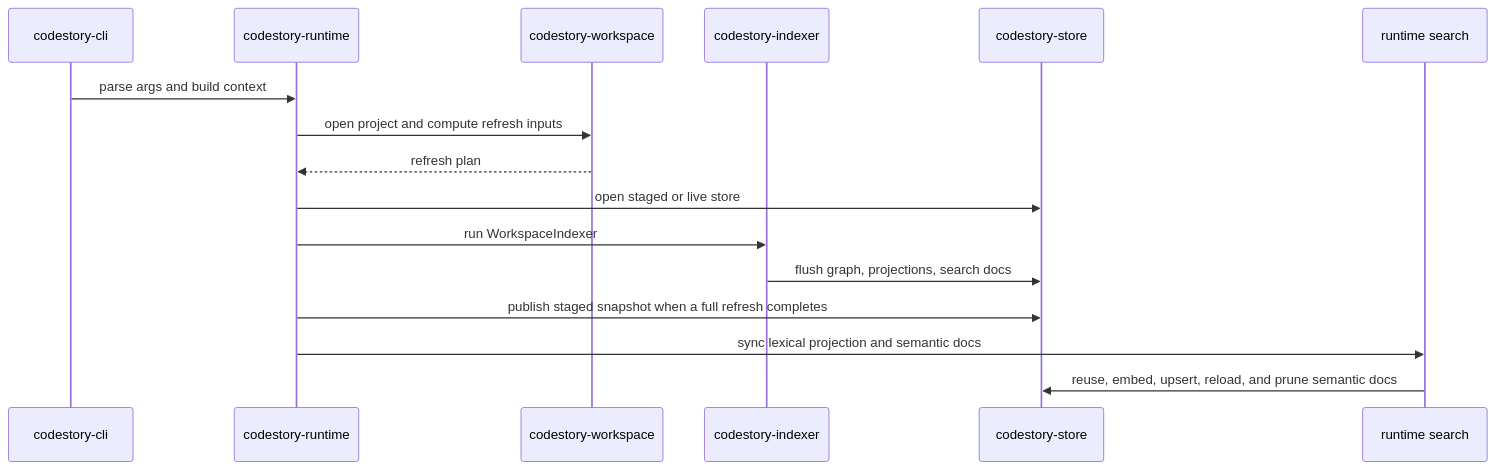
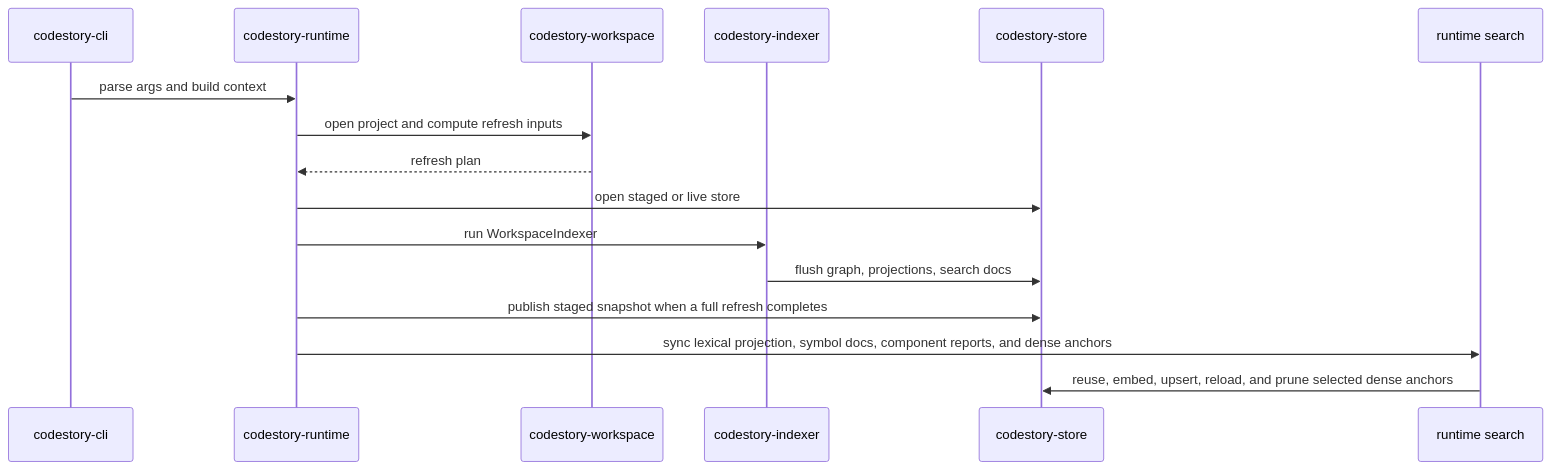
Before and after one commit to TheGreenCedar/CodeStory: the first of 4 diagrams in docs/architecture/runtime-execution-path.md, drawn with Mermaid. The commit also changed other lines of this file and 65 other files, not shown here.

````diff
--- a/docs/architecture/runtime-execution-path.md
+++ b/docs/architecture/runtime-execution-path.md
@@ -9,19 +9,19 @@
 ```mermaid
 sequenceDiagram
     participant CLI as codestory-cli
     participant Runtime as codestory-runtime
     participant Workspace as codestory-workspace
     participant Indexer as codestory-indexer
     participant Store as codestory-store
     participant Search as runtime search
 
     CLI->>Runtime: parse args and build context
     Runtime->>Workspace: open project and compute refresh inputs
     Workspace-->>Runtime: refresh plan
     Runtime->>Store: open staged or live store
     Runtime->>Indexer: run WorkspaceIndexer
     Indexer->>Store: flush graph, projections, search docs
     Runtime->>Store: publish staged snapshot when a full refresh completes
-    Runtime->>Search: sync lexical projection and semantic docs
-    Search->>Store: reuse, embed, upsert, reload, and prune semantic docs
+    Runtime->>Search: sync lexical projection, symbol docs, component reports, and dense anchors
+    Search->>Store: reuse, embed, upsert, reload, and prune selected dense anchors
 ```
````
